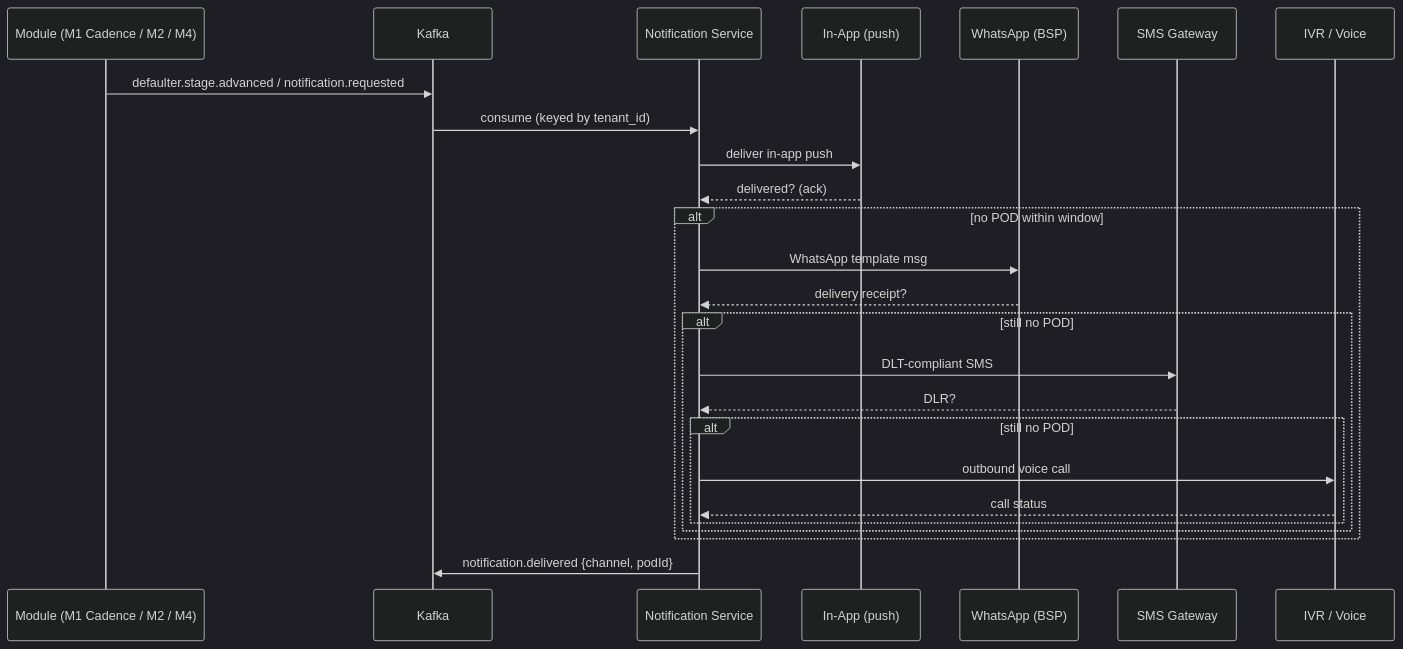
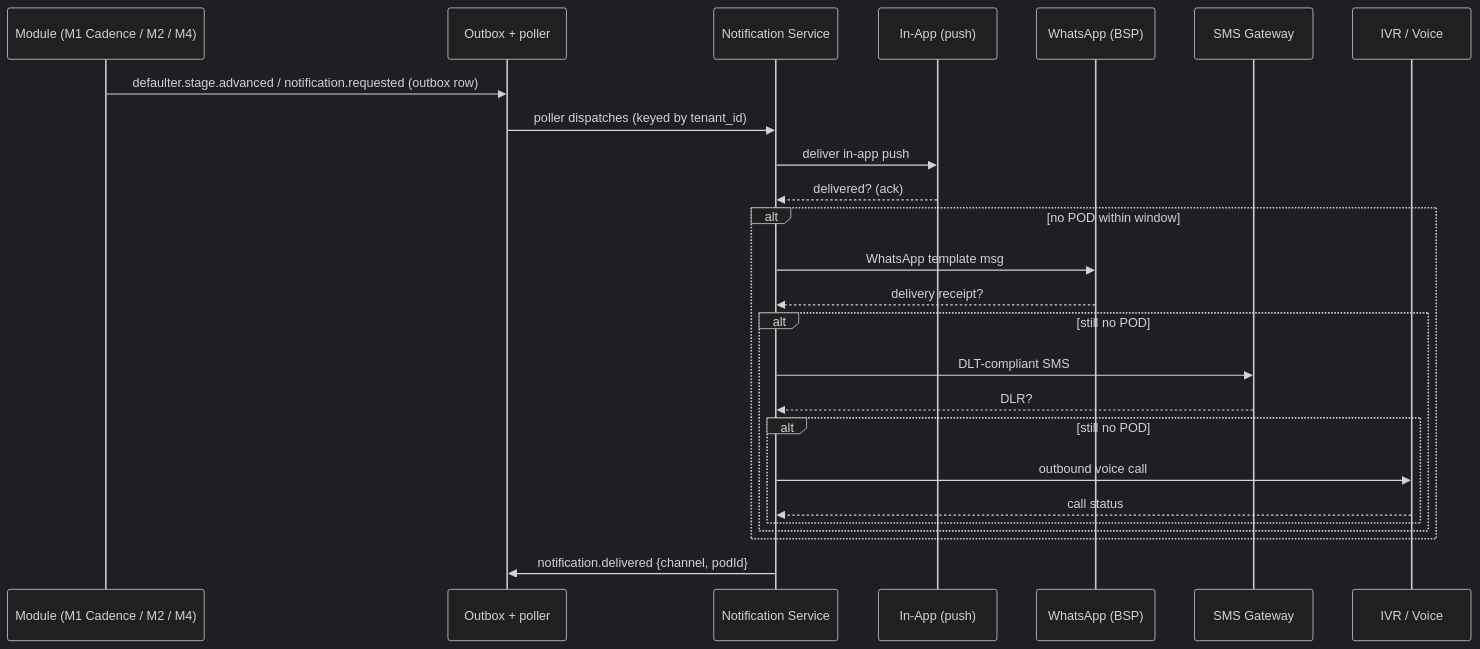
One commit to ayushrai007/Societix changed the second of 2 diagrams in docs/02-system-design.md. Above: the diagram before and after it, drawn with Mermaid (dark theme). The commit also changed other lines of this file and 23 other files, not shown here.

````diff
--- a/docs/02-system-design.md
+++ b/docs/02-system-design.md
@@ -184,28 +186,28 @@
 ```mermaid
 sequenceDiagram
     participant SRC as Module (M1 Cadence / M2 / M4)
-    participant K as Kafka
+    participant K as Outbox + poller
     participant N as Notification Service
     participant APP as In-App (push)
     participant WA as WhatsApp (BSP)
     participant SMS as SMS Gateway
     participant IVR as IVR / Voice
 
-    SRC->>K: defaulter.stage.advanced / notification.requested
-    K->>N: consume (keyed by tenant_id)
+    SRC->>K: defaulter.stage.advanced / notification.requested (outbox row)
+    K->>N: poller dispatches (keyed by tenant_id)
     N->>APP: deliver in-app push
     APP-->>N: delivered? (ack)
     alt no POD within window
         N->>WA: WhatsApp template msg
         WA-->>N: delivery receipt?
         alt still no POD
             N->>SMS: DLT-compliant SMS
             SMS-->>N: DLR?
             alt still no POD
                 N->>IVR: outbound voice call
                 IVR-->>N: call status
             end
         end
     end
     N->>K: notification.delivered {channel, podId}
 ```
````
